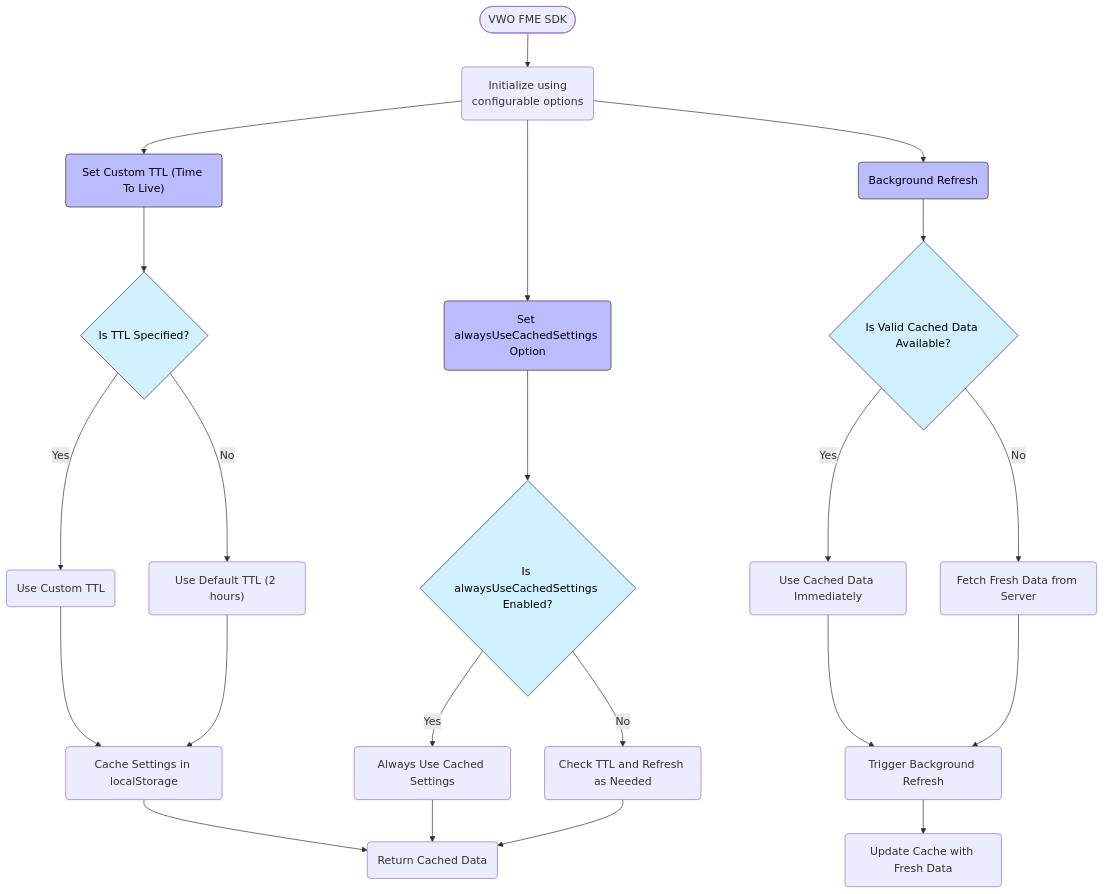
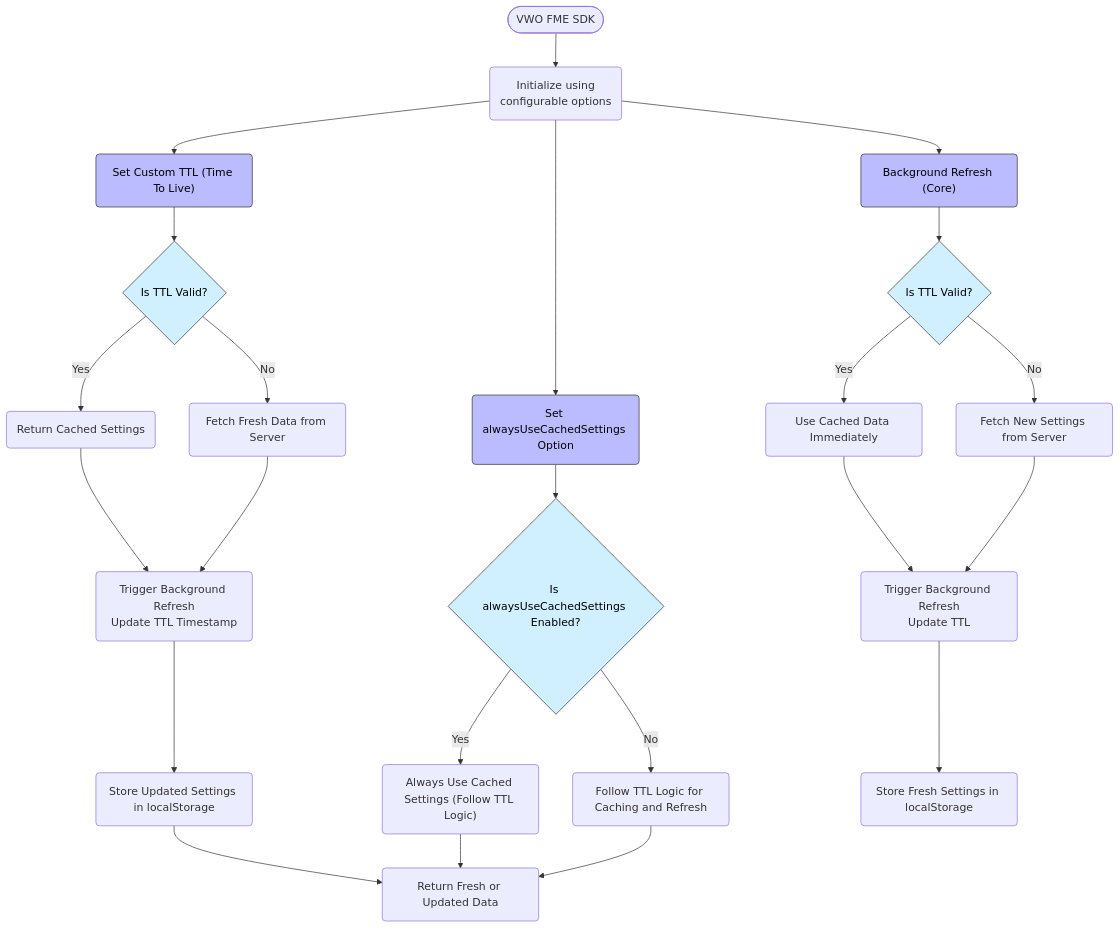
The diagram in docs/SDK Reference/mobile-sdks/fme-javascript/cache-settings.md (wingify/readme-central), drawn with Mermaid before and after one commit.

Commit message:
Update doc `cache-settings`

````diff
--- a/docs/SDK Reference/mobile-sdks/fme-javascript/cache-settings.md
+++ b/docs/SDK Reference/mobile-sdks/fme-javascript/cache-settings.md
@@ -12,45 +12,48 @@
 ```mermaid
 flowchart TD
     A0(["VWO FME SDK"]) --> A("Initialize using<br/>configurable options")
     A --> B("Set Custom TTL (Time To Live)")
     A --> C("Set alwaysUseCachedSettings Option")
-    A --> D("Background Refresh")
+    A --> D("Background Refresh (Core)")
 
     %% Settings Caching Flow
-    B --> B1{"Is TTL Specified?"}
-    B1 -- Yes --> B2("Use Custom TTL")
-    B1 -- No --> B3("Use Default TTL (2 hours)")
-    B2 --> B4("Cache Settings in localStorage")
+    B --> B1{"Is TTL Valid?"}
+    B1 -- Yes --> B2("Return Cached Settings")
+    B1 -- No --> B3("Fetch Fresh Data from Server")
+    
+    B2 --> B4("Trigger Background Refresh<br/>Update TTL Timestamp")
     B3 --> B4
-    B4 --> B5("Return Cached Data")
+    B4 --> B5("Store Updated Settings in localStorage")
+    B5 --> B6("Return Fresh or Updated Data")
 
     %% alwaysUseCachedSettings Flow
     C --> C1{"Is alwaysUseCachedSettings Enabled?"}
-    C1 -- Yes --> C2("Always Use Cached Settings")
-    C1 -- No --> C3("Check TTL and Refresh as Needed")
-    C2 --> B5
-    C3 --> B5
+    C1 -- Yes --> C2("Always Use Cached Settings (Follow TTL Logic)")
+    C1 -- No --> C3("Follow TTL Logic for Caching and Refresh")
 
-    %% Background Refresh Flow
-    D --> D1{"Is Valid Cached Data Available?"}
+    C2 --> B6
+    C3 --> B6
+
+    %% Background Refresh Core Logic
+    D --> D1{"Is TTL Valid?"}
     D1 -- Yes --> D2("Use Cached Data Immediately")
-    D1 -- No --> D3("Fetch Fresh Data from Server")
-    D2 --> D4("Trigger Background Refresh")
+    D1 -- No --> D3("Fetch New Settings from Server")
+    D2 --> D4("Trigger Background Refresh<br/>Update TTL")
     D3 --> D4
-    D4 --> D5("Update Cache with Fresh Data")
+    D4 --> D5("Store Fresh Settings in localStorage")
 
     %% Assign Classes
-    class B getTTL
+    class B ttlSettings
     class C alwaysUseCachedSettings
     class D backgroundRefresh
     class B1 conditional
     class C1 conditional
     class D1 conditional
 
     %% Define Styles
-    classDef getTTL fill:#bbf,stroke:#333,stroke-width:1px,color:#000
+    classDef ttlSettings fill:#bbf,stroke:#333,stroke-width:1px,color:#000
     classDef alwaysUseCachedSettings fill:#bbf,stroke:#333,stroke-width:1px,color:#000
     classDef backgroundRefresh fill:#bbf,stroke:#333,stroke-width:1px,color:#000
     classDef conditional fill:#d0efff,stroke:#333,stroke-width:1px,color:#000
 
 ```
````
